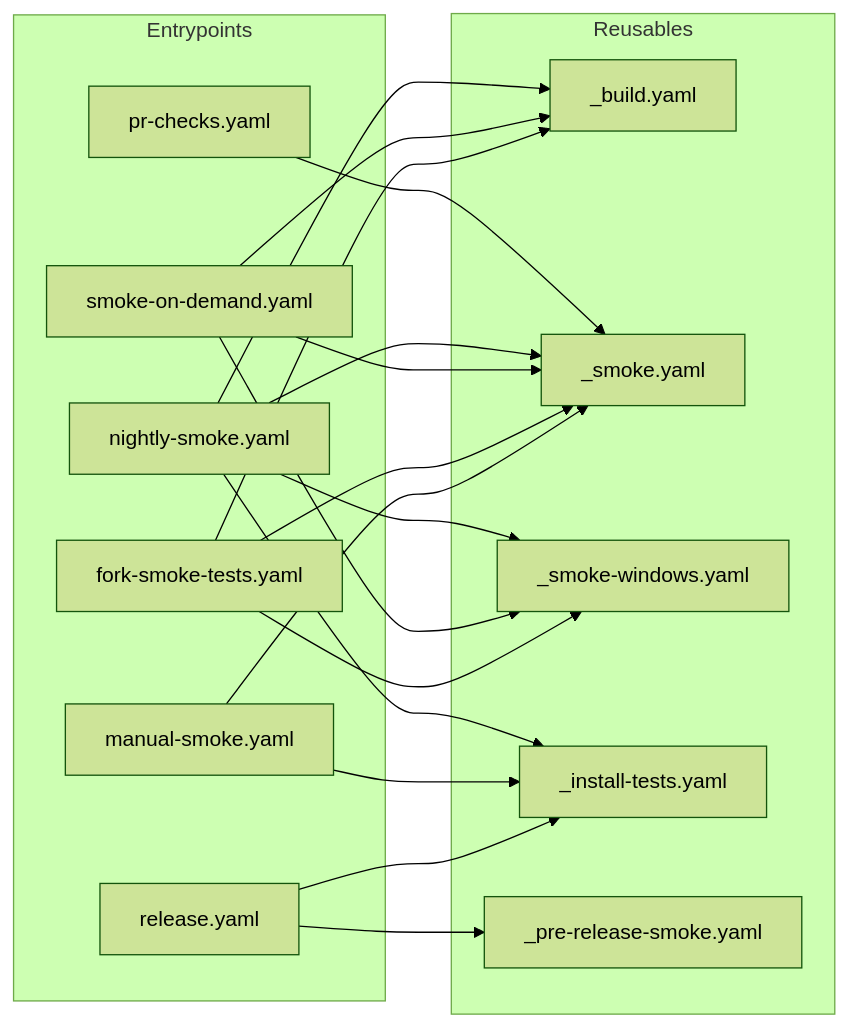
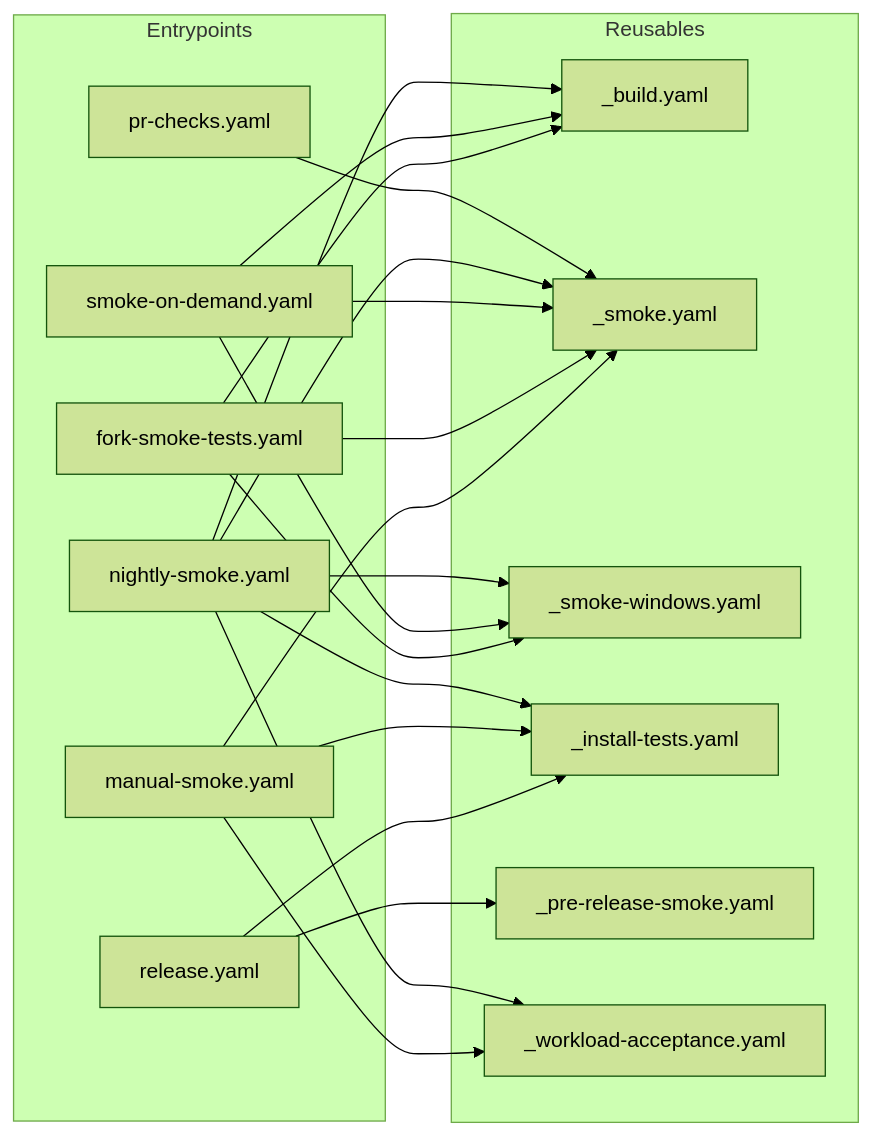
The first of 2 diagrams in .github/workflows/README.md (datarobot-oss/cli), drawn with Mermaid (forest theme) before and after one commit. The commit also changed other lines of this file and 16 other files, not shown here.

First line of the commit message:
ci(acceptance): re-home the workload suite as acceptance tests, out of the release gate (#984)

````diff
--- a/.github/workflows/README.md
+++ b/.github/workflows/README.md
@@ -87,33 +86,36 @@
 ```mermaid
 graph LR
   subgraph Entrypoints
     PRC["pr-checks.yaml"]
     NS["nightly-smoke.yaml"]
     SOD["smoke-on-demand.yaml"]
     FST["fork-smoke-tests.yaml"]
     MS["manual-smoke.yaml"]
     REL["release.yaml"]
   end
   subgraph Reusables
     B["_build.yaml"]
     SM["_smoke.yaml"]
     SW["_smoke-windows.yaml"]
     IT["_install-tests.yaml"]
     PRS["_pre-release-smoke.yaml"]
+    WA["_workload-acceptance.yaml"]
   end
   PRC --> SM
   NS --> B
   NS --> SM
   NS --> SW
   NS --> IT
+  NS --> WA
   SOD --> B
   SOD --> SM
   SOD --> SW
   FST --> B
   FST --> SM
   FST --> SW
   MS --> SM
   MS --> IT
+  MS --> WA
   REL --> IT
   REL --> PRS
 ```
````
